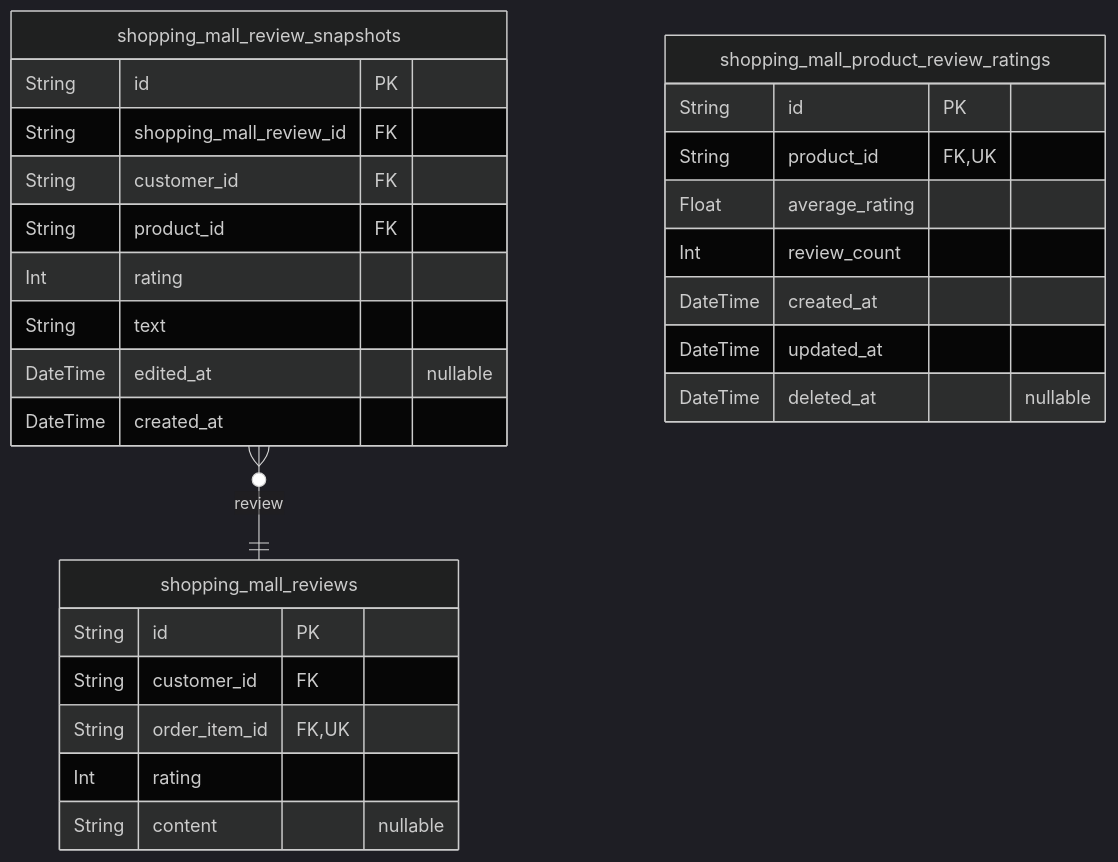
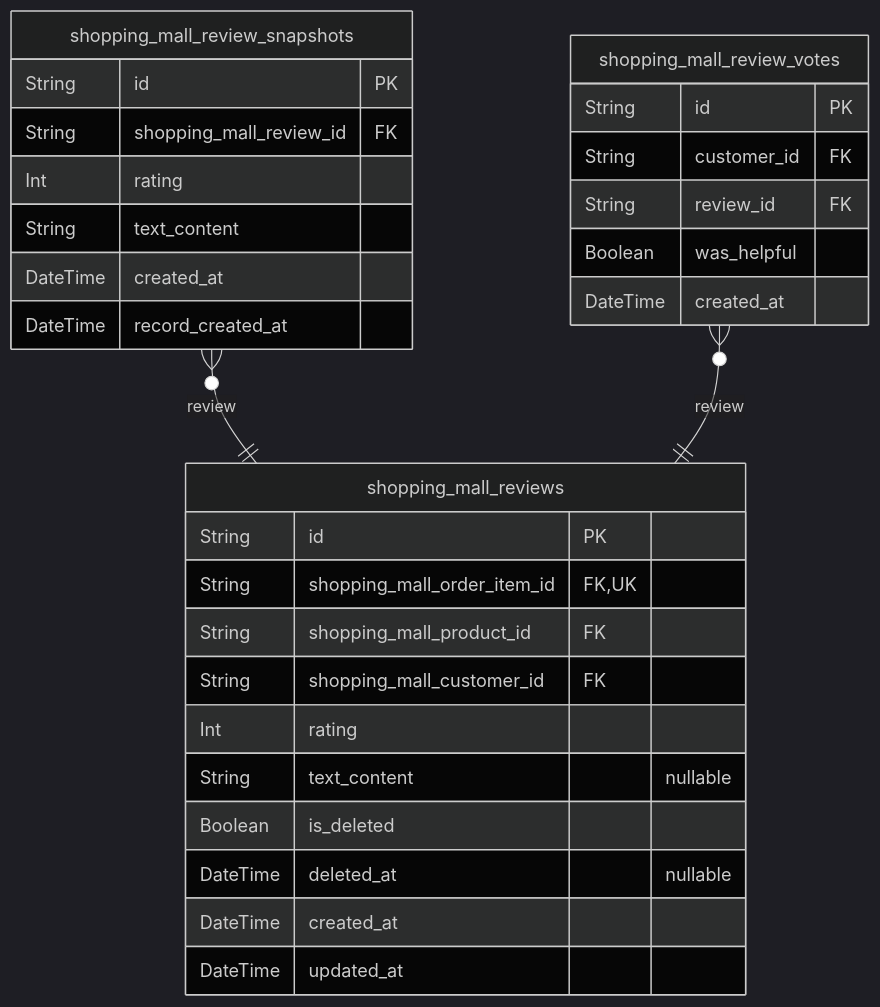
One commit to wrtnlabs/autobe-examples changed the ninth of 9 diagrams in qwen/qwen3-coder-next/shopping/docs/ERD.md. Above: the diagram before and after it, drawn with Mermaid (dark theme). The commit also changed other lines of this file and 25939 other files, not shown here.

````diff
--- a/qwen/qwen3-coder-next/shopping/docs/ERD.md
+++ b/qwen/qwen3-coder-next/shopping/docs/ERD.md
@@ -1563,30 +2586,32 @@
 ```mermaid
 erDiagram
 "shopping_mall_reviews" {
   String id PK
-  String customer_id FK
-  String order_item_id FK,UK
+  String shopping_mall_order_item_id FK,UK
+  String shopping_mall_product_id FK
+  String shopping_mall_customer_id FK
   Int rating
-  String content "nullable"
+  String text_content "nullable"
+  Boolean is_deleted
+  DateTime deleted_at "nullable"
+  DateTime created_at
+  DateTime updated_at
 }
 "shopping_mall_review_snapshots" {
   String id PK
   String shopping_mall_review_id FK
+  Int rating
+  String text_content
+  DateTime created_at
+  DateTime record_created_at
+}
+"shopping_mall_review_votes" {
+  String id PK
   String customer_id FK
-  String product_id FK
-  Int rating
-  String text
-  DateTime edited_at "nullable"
+  String review_id FK
+  Boolean was_helpful
   DateTime created_at
 }
-"shopping_mall_product_review_ratings" {
-  String id PK
-  String product_id FK,UK
-  Float average_rating
-  Int review_count
-  DateTime created_at
-  DateTime updated_at
-  DateTime deleted_at "nullable"
-}
 "shopping_mall_review_snapshots" }o--|| "shopping_mall_reviews" : review
+"shopping_mall_review_votes" }o--|| "shopping_mall_reviews" : review
 ```
````
